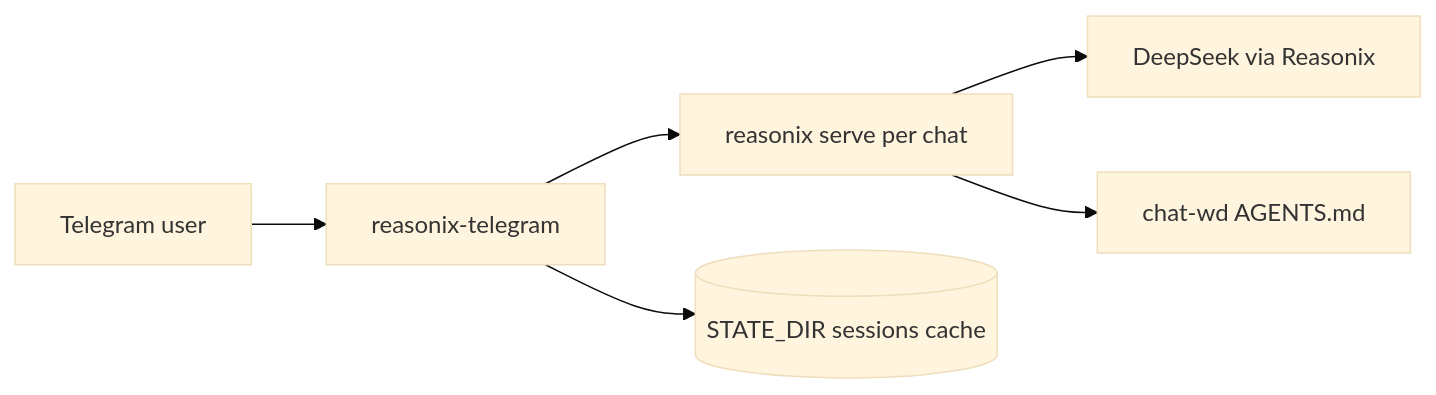
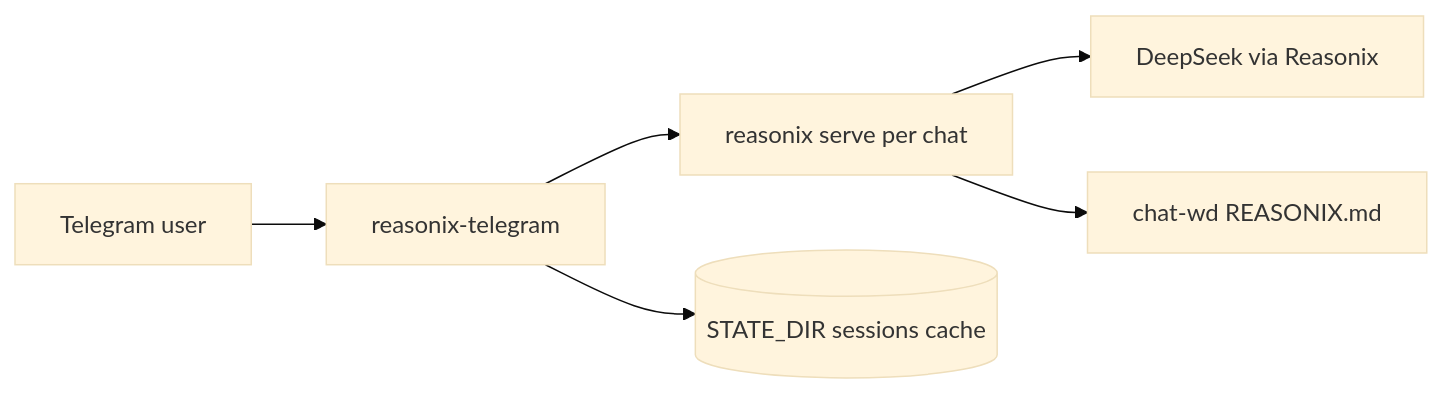
One commit to dorokuma/reasonix-telegram changed the diagram in README.md. Above: the diagram before and after it, drawn with Mermaid (base theme). The commit also changed other lines of this file and 4 other files, not shown here.

````diff
--- a/README.md
+++ b/README.md
@@ -18,8 +18,8 @@
 ```mermaid
 flowchart LR
   User[Telegram user] --> Bot[reasonix-telegram]
   Bot --> Serve[reasonix serve per chat]
   Serve --> Model[DeepSeek via Reasonix]
   Bot --> State[(STATE_DIR sessions cache)]
-  Serve --> WD[chat-wd AGENTS.md]
+  Serve --> WD[chat-wd REASONIX.md]
 ```
````
